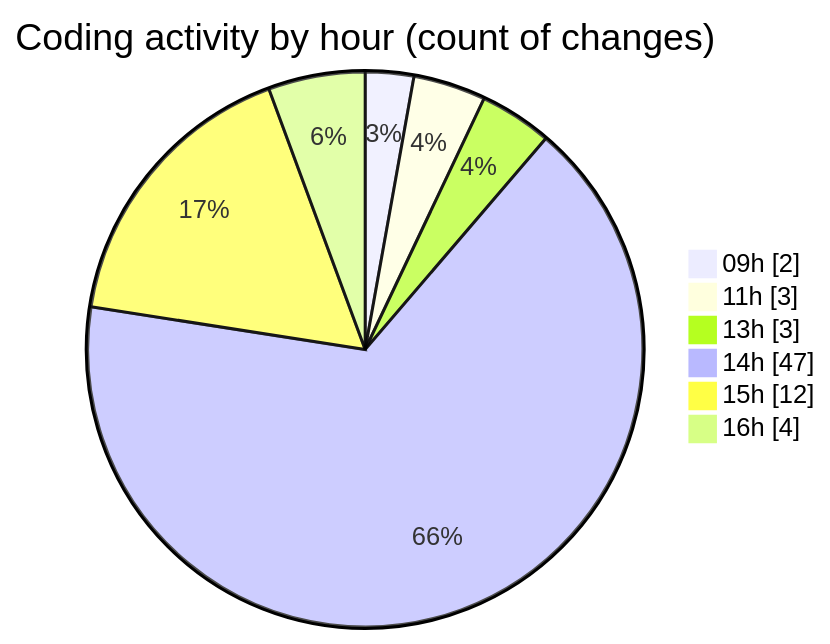
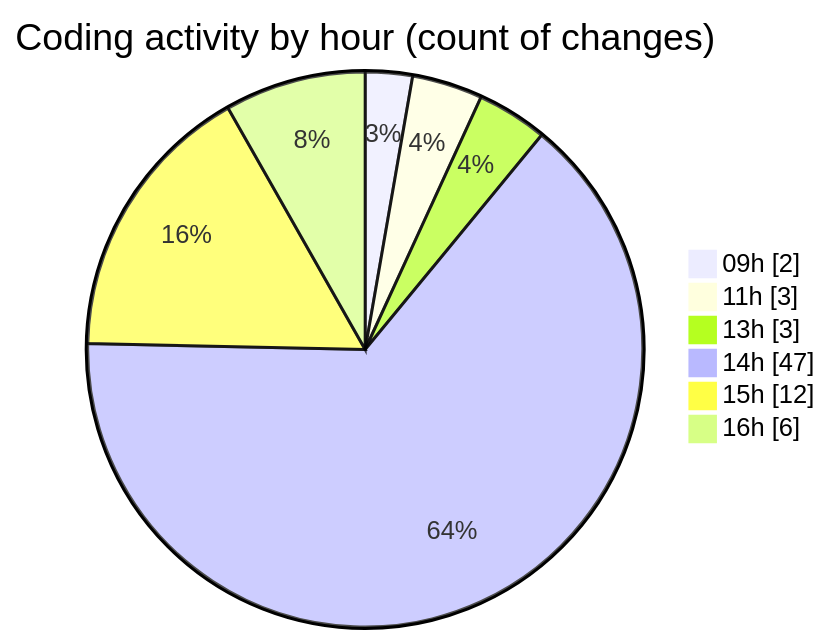
Before and after one commit to julien-gomy/code-tracking: the second of 2 diagrams in 2025-11-10/eventscop-frontend-guide__workspace_/README.md, drawn with Mermaid. The commit also changed other lines of this file and 1 other file, not shown here.

````diff
--- a/2025-11-10/eventscop-frontend-guide__workspace_/README.md
+++ b/2025-11-10/eventscop-frontend-guide__workspace_/README.md
@@ -60,10 +61,10 @@
 ```mermaid
 pie showData
 title Coding activity by hour (count of changes)
 "09h" : 2
 "11h" : 3
 "13h" : 3
 "14h" : 47
 "15h" : 12
-"16h" : 4
+"16h" : 6
 ```
````
